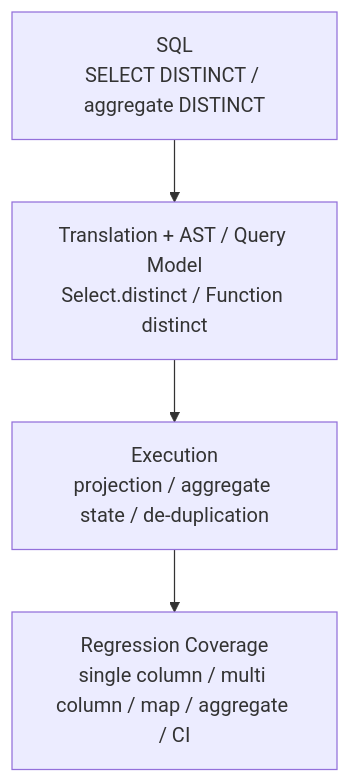
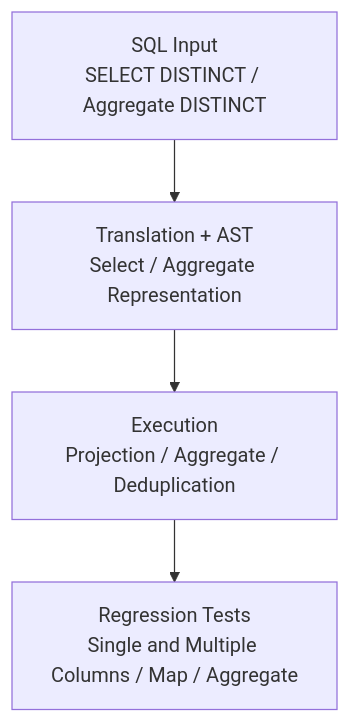
One commit to zmrdltl/portfolio changed the diagram in docs/opensource/gluesql.en.md. Above: the diagram before and after it, drawn with Mermaid. The commit also changed other lines of this file and 1 other file, not shown here.

First line of the commit message:
docs: GlueSQL 기여 사례를 핵심 구현 중심으로 정리

````diff
--- a/docs/opensource/gluesql.en.md
+++ b/docs/opensource/gluesql.en.md
@@ -25,11 +14,11 @@
 ```mermaid
 flowchart TD
-  sql["SQL\nSELECT DISTINCT / aggregate DISTINCT"]
-  model["Translation + AST / Query Model\nSelect.distinct / Function distinct"]
-  execute["Execution\nprojection / aggregate state / de-duplication"]
-  tests["Regression Coverage\nsingle column / multi column / map / aggregate / CI"]
+  sql["SQL Input\nSELECT DISTINCT / Aggregate DISTINCT"]
+  model["Translation + AST\nSelect / Aggregate Representation"]
+  execute["Execution\nProjection / Aggregate / Deduplication"]
+  tests["Regression Tests\nSingle and Multiple Columns / Map / Aggregate"]
 
   sql --> model
   model --> execute
   execute --> tests
 ```
````
